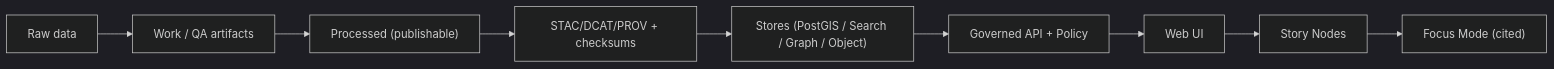
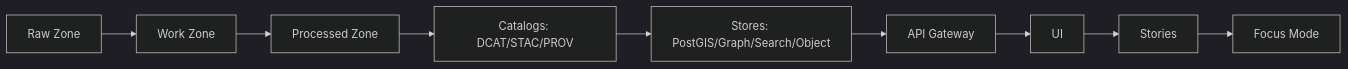
The diagram in scripts/README.md (bartytime4life/Kansas-Frontier-Matrix), drawn with Mermaid (dark theme) before and after one commit. The commit also changed other lines of this file, not shown here.

````diff
--- a/scripts/README.md
+++ b/scripts/README.md
@@ -156,11 +150,11 @@
 ```mermaid
 flowchart LR
-  Raw["Raw data"] --> Work["Work / QA artifacts"]
-  Work --> Processed["Processed (publishable)"]
-  Processed --> Catalogs["STAC/DCAT/PROV + checksums"]
-  Catalogs --> Stores["Stores (PostGIS / Search / Graph / Object)"]
-  Stores --> API["Governed API + Policy"]
-  API --> UI["Web UI"]
-  UI --> Stories["Story Nodes"]
-  Stories --> Focus["Focus Mode (cited)"]
+  A[Raw Zone] --> B[Work Zone]
+  B --> C[Processed Zone]
+  C --> D[Catalogs: DCAT/STAC/PROV]
+  D --> E[Stores: PostGIS/Graph/Search/Object]
+  E --> F[API Gateway]
+  F --> G[UI]
+  G --> H[Stories]
+  H --> I[Focus Mode]
 ```
````
